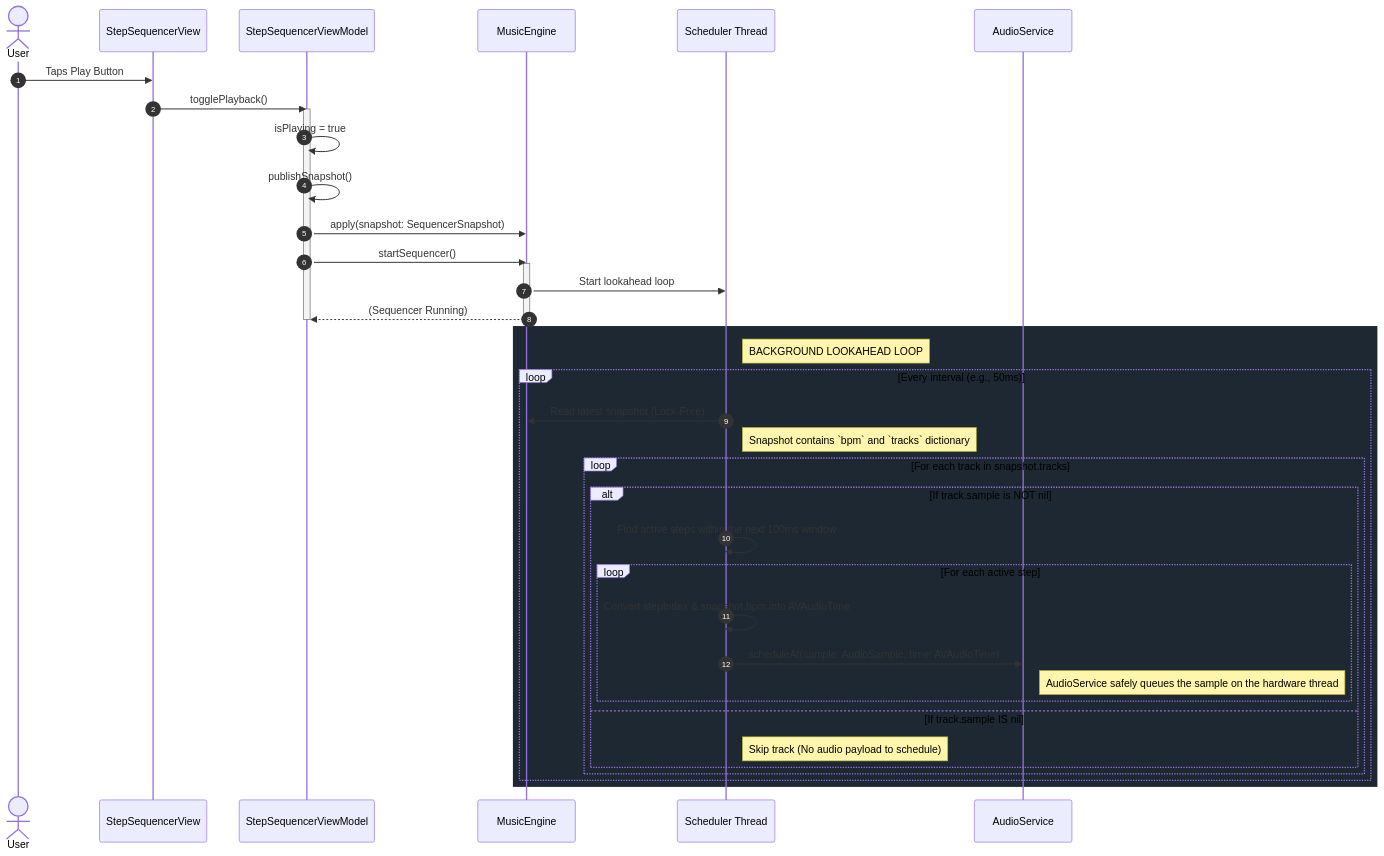
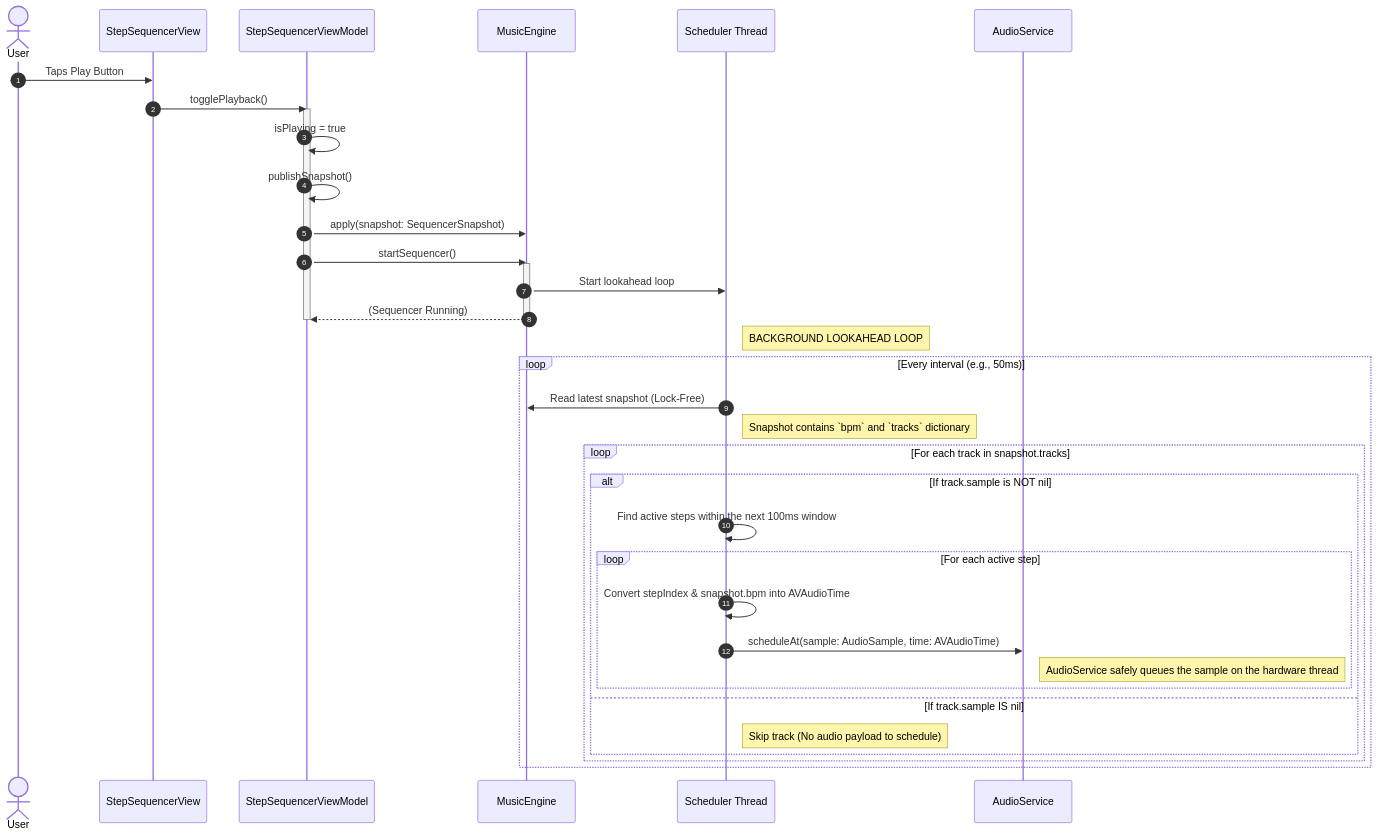
Before and after one commit to cs3217-2526/group-project-metrojuicepaak: the diagram in docs/sequence diagrams/StepSequencer/initialize_playback.mmd, drawn with Mermaid. The commit also changed 17 other files, not shown here.

Commit message:
added sequence diagrams

```diff
--- a/docs/sequence diagrams/StepSequencer/initialize_playback.mmd
+++ b/docs/sequence diagrams/StepSequencer/initialize_playback.mmd
@@ -1,53 +1,51 @@
 sequenceDiagram
     autonumber
     actor User
     participant View as StepSequencerView
     participant VM as StepSequencerViewModel
     participant Engine as MusicEngine
     participant Thread as Scheduler Thread
     participant AS as AudioService
 
     User->>View: Taps Play Button
     View->>VM: togglePlayback()
     activate VM
     
     VM->>VM: isPlaying = true
     
     %% Publish initial state
     VM->>VM: publishSnapshot()
     VM->>Engine: apply(snapshot: SequencerSnapshot)
     
     %% Ignite the engine
     VM->>Engine: startSequencer()
     activate Engine
     
     %% Kick off the background loop
     Engine->>Thread: Start lookahead loop
     
     Engine-->>VM: (Sequencer Running)
     deactivate Engine
     deactivate VM
     
     %% The Continuous Scheduling Loop
-    rect rgb(30, 40, 50)
-        note right of Thread: BACKGROUND LOOKAHEAD LOOP
-        loop Every interval (e.g., 50ms)
-            Thread->>Engine: Read latest snapshot (Lock-Free)
-            note right of Thread: Snapshot contains `bpm` and `tracks` dictionary
-            
-            loop For each track in snapshot.tracks
-                alt If track.sample is NOT nil
-                    Thread->>Thread: Find active steps within the next 100ms window
-                    
-                    loop For each active step
-                        Thread->>Thread: Convert stepIndex & snapshot.bpm into AVAudioTime
-                        Thread->>AS: scheduleAt(sample: AudioSample, time: AVAudioTime)
-                        note right of AS: AudioService safely queues the sample on the hardware thread
-                    end
-                    
-                else If track.sample IS nil
-                    note right of Thread: Skip track (No audio payload to schedule)
+    note right of Thread: BACKGROUND LOOKAHEAD LOOP
+    loop Every interval (e.g., 50ms)
+        Thread->>Engine: Read latest snapshot (Lock-Free)
+        note right of Thread: Snapshot contains `bpm` and `tracks` dictionary
+        
+        loop For each track in snapshot.tracks
+            alt If track.sample is NOT nil
+                Thread->>Thread: Find active steps within the next 100ms window
+                
+                loop For each active step
+                    Thread->>Thread: Convert stepIndex & snapshot.bpm into AVAudioTime
+                    Thread->>AS: scheduleAt(sample: AudioSample, time: AVAudioTime)
+                    note right of AS: AudioService safely queues the sample on the hardware thread
                 end
+                
+            else If track.sample IS nil
+                note right of Thread: Skip track (No audio payload to schedule)
             end
         end
     end
```
